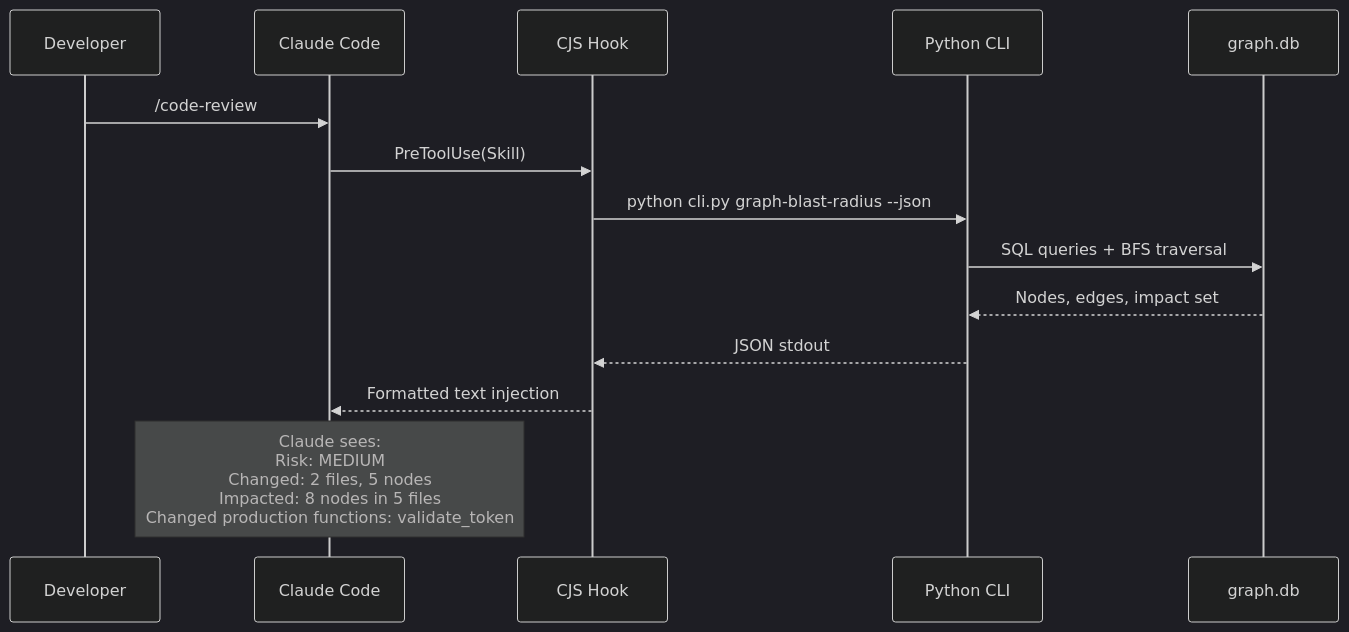
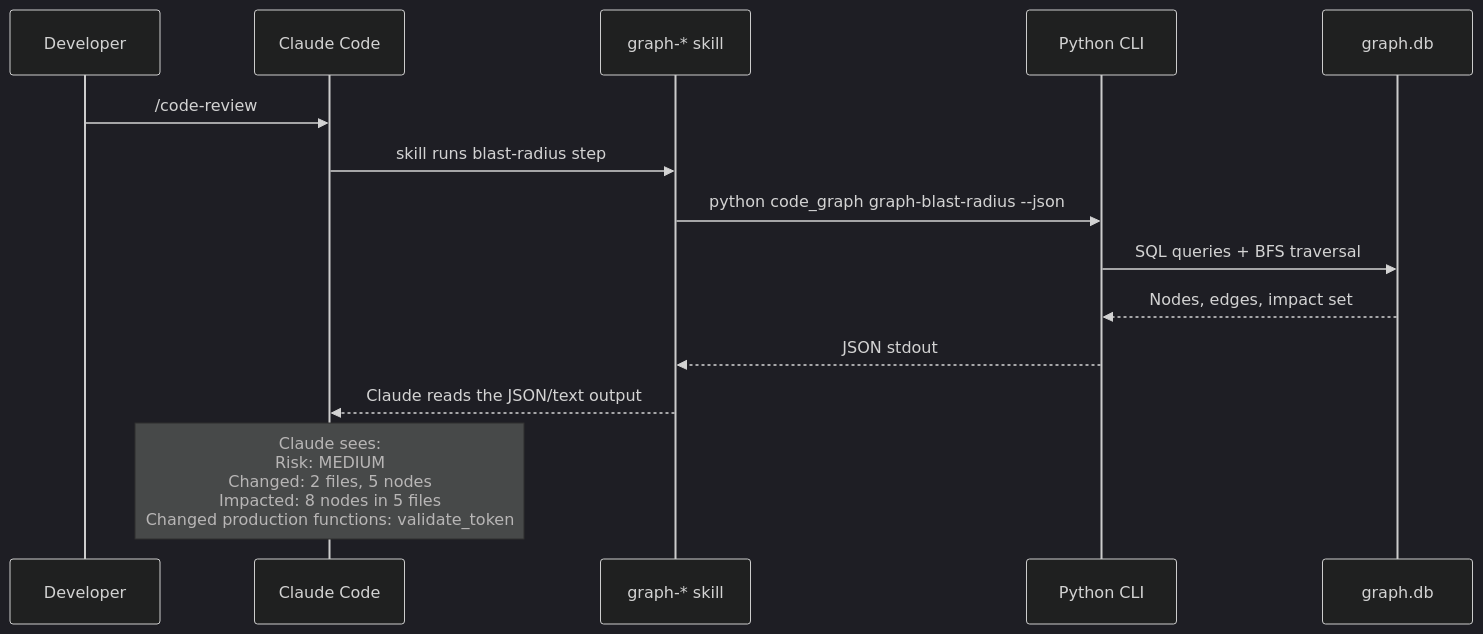
One commit to duc01226/EasyPlatform changed the third of 8 diagrams in .claude/docs/code-graph-mechanism.md. Above: the diagram before and after it, drawn with Mermaid (dark theme). The commit also changed other lines of this file and 1280 other files, not shown here.

````diff
--- a/.claude/docs/code-graph-mechanism.md
+++ b/.claude/docs/code-graph-mechanism.md
@@ -256,17 +260,17 @@
 ```mermaid
 sequenceDiagram
     participant Dev as Developer
     participant CC as Claude Code
-    participant Hook as CJS Hook
+    participant Skill as graph-* skill
     participant Py as Python CLI
     participant DB as graph.db
 
     Dev->>CC: /code-review
-    CC->>Hook: PreToolUse(Skill)
-    Hook->>Py: python cli.py graph-blast-radius --json
+    CC->>Skill: skill runs blast-radius step
+    Skill->>Py: python code_graph graph-blast-radius --json
     Py->>DB: SQL queries + BFS traversal
     DB-->>Py: Nodes, edges, impact set
-    Py-->>Hook: JSON stdout
-    Hook-->>CC: Formatted text injection
+    Py-->>Skill: JSON stdout
+    Skill-->>CC: Claude reads the JSON/text output
     Note over CC: Claude sees:<br/>Risk: MEDIUM<br/>Changed: 2 files, 5 nodes<br/>Impacted: 8 nodes in 5 files<br/>Changed production functions: validate_token
 ```
````
